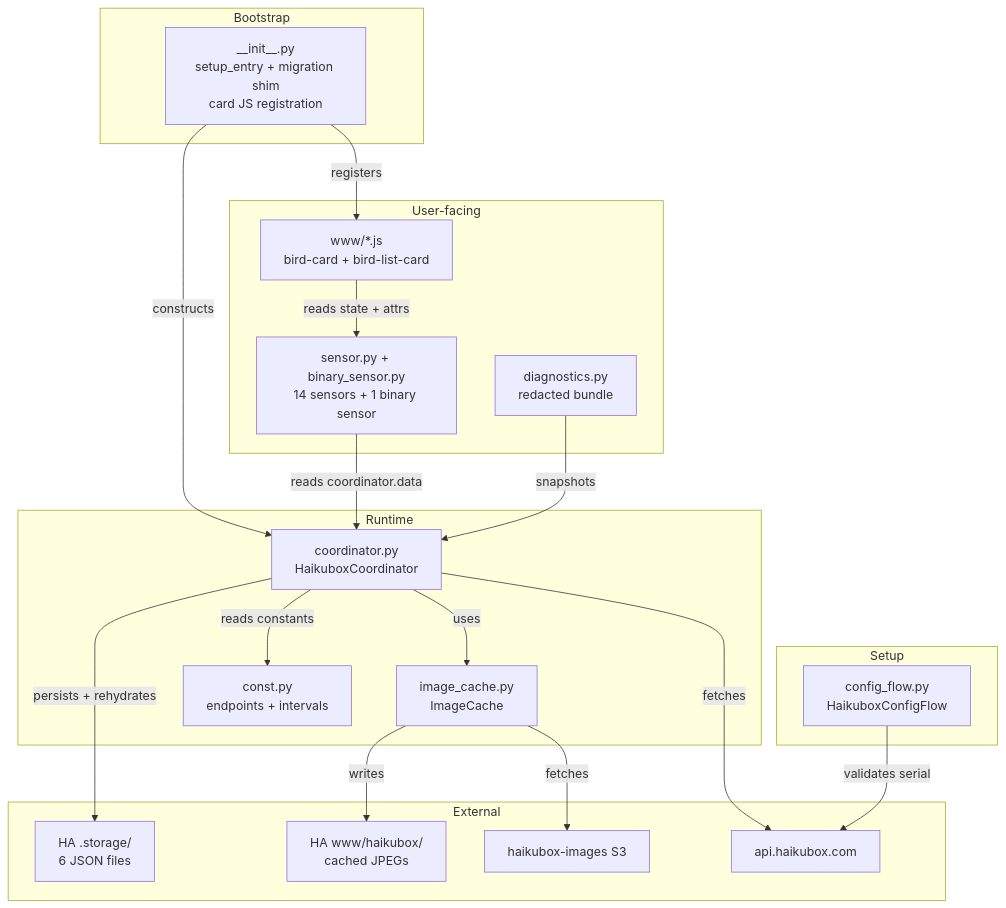
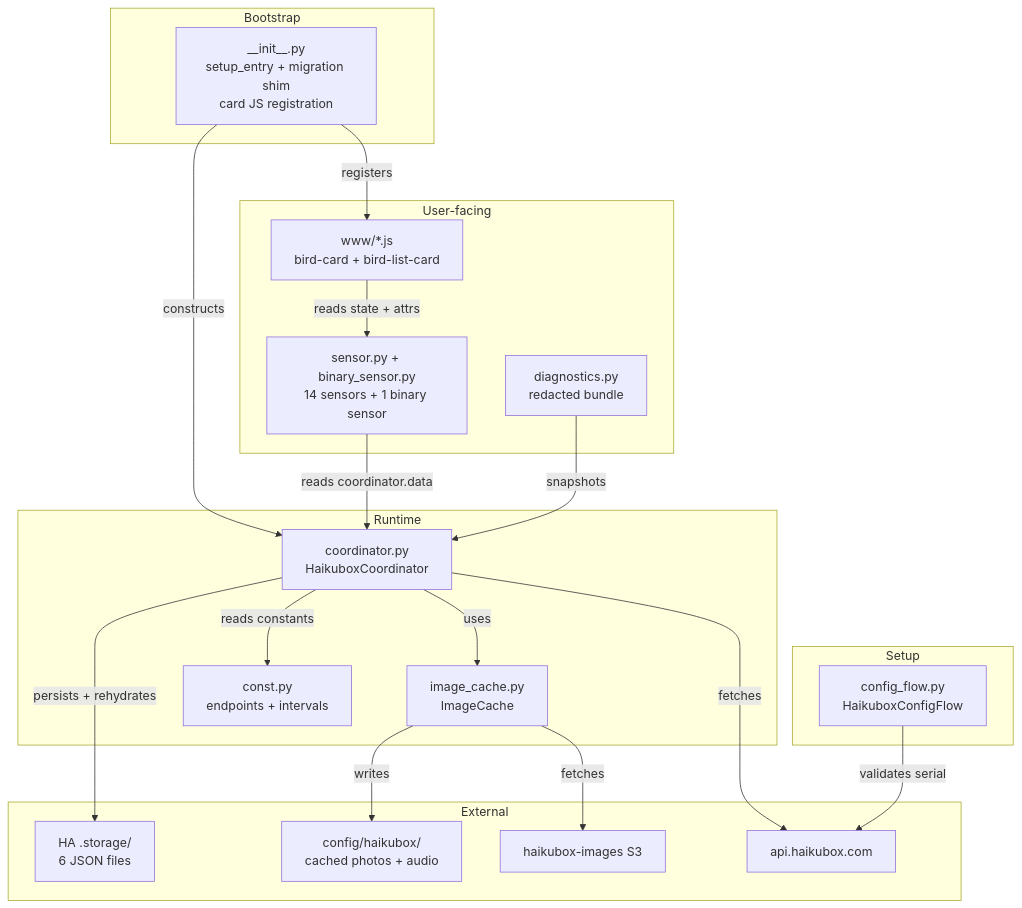
Before and after one commit to eklundjon/ha-haikubox: the first of 3 diagrams in docs/architecture.md, drawn with Mermaid. The commit also changed other lines of this file and 8 other files, not shown here.

````diff
--- a/docs/architecture.md
+++ b/docs/architecture.md
@@ -9,42 +9,42 @@
 ```mermaid
 graph TB
     subgraph Setup
         ConfigFlow["config_flow.py<br/>HaikuboxConfigFlow"]
     end
 
     subgraph Bootstrap
         InitMod["__init__.py<br/>setup_entry + migration shim<br/>card JS registration"]
     end
 
     subgraph Runtime
         Coord["coordinator.py<br/>HaikuboxCoordinator"]
         Images["image_cache.py<br/>ImageCache"]
         Const["const.py<br/>endpoints + intervals"]
     end
 
     subgraph User-facing
         Sensors["sensor.py + binary_sensor.py<br/>14 sensors + 1 binary sensor"]
         Cards["www/*.js<br/>bird-card + bird-list-card"]
         Diag["diagnostics.py<br/>redacted bundle"]
     end
 
     subgraph External
         API["api.haikubox.com"]
         S3["haikubox-images S3"]
         HAStore["HA .storage/<br/>6 JSON files"]
-        WWW["HA www/haikubox/<br/>cached JPEGs"]
+        WWW["config/haikubox/<br/>cached photos + audio"]
     end
 
     ConfigFlow -- "validates serial" --> API
     InitMod -- "registers" --> Cards
     InitMod -- "constructs" --> Coord
     Coord -- "fetches" --> API
     Coord -- "uses" --> Images
     Coord -- "reads constants" --> Const
     Coord -- "persists + rehydrates" --> HAStore
     Images -- "fetches" --> S3
     Images -- "writes" --> WWW
     Sensors -- "reads coordinator.data" --> Coord
     Cards -- "reads state + attrs" --> Sensors
     Diag -- "snapshots" --> Coord
 ```
````
